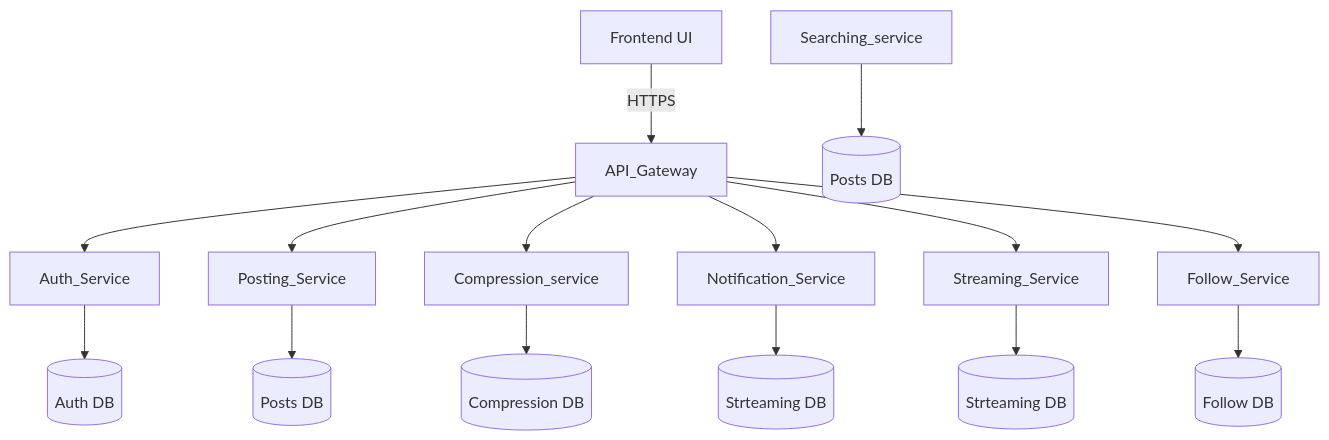
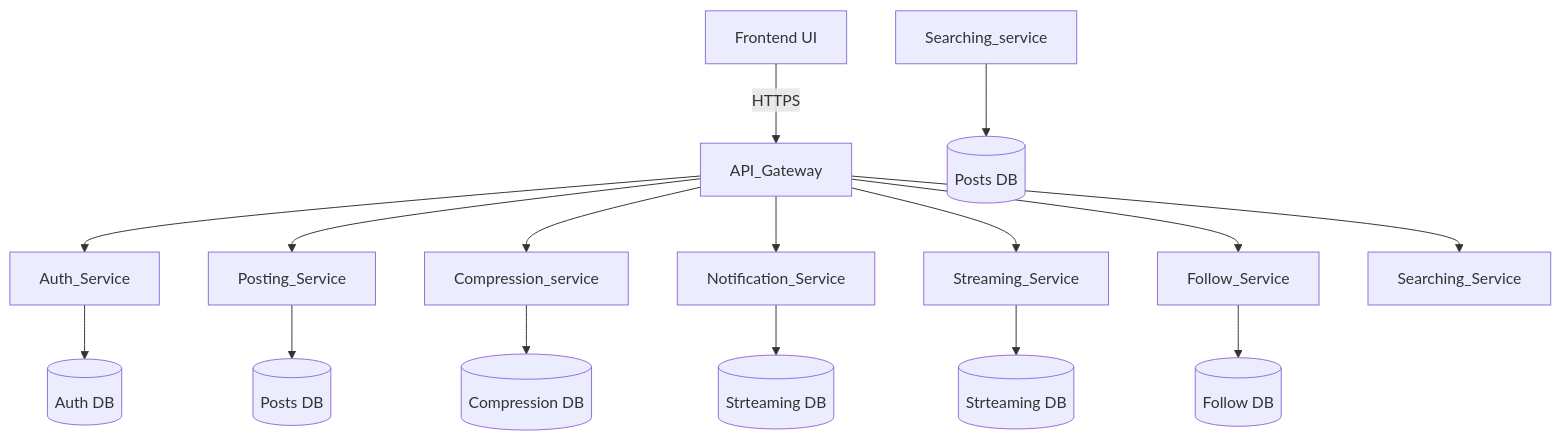
One commit to Hritik-choukikar/Hritik-choukikar changed the diagram in README.md. Above: the diagram before and after it, drawn with Mermaid.

````diff
--- a/README.md
+++ b/README.md
@@ -42,18 +42,19 @@
 ```mermaid
 graph TD
     User[Frontend UI] -->|HTTPS| API_Gateway
     API_Gateway --> Auth_Service
     API_Gateway --> Posting_Service
     API_Gateway --> Compression_service
     API_Gateway --> Notification_Service
     API_Gateway --> Streaming_Service
     API_Gateway --> Follow_Service
+    API_Gateway --> Searching_Service
     Auth_Service --> DB[(Auth DB)]
     Follow_Service --> DB2[(Follow DB)]
     Posting_Service --> DB3[(Posts DB)]
     Compression_service --> DB4[(Compression DB)]
     Streaming_Service --> DB5[(Strteaming DB)]
     Searching_service--> DB6[(Posts DB)]
     Notification_Service --> DB7[(Strteaming DB)]
     
 ```
````
